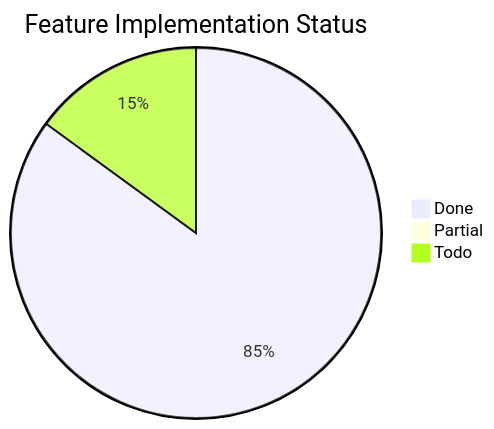
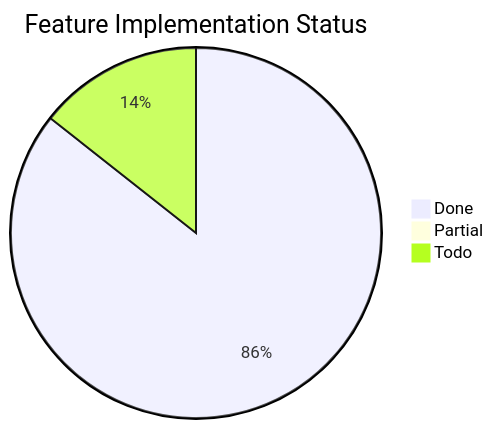
One commit to Papyrine/Morph changed the third of 3 diagrams in docs/word-features.md. Above: the diagram before and after it, drawn with Mermaid. The commit also changed other lines of this file and 8 other files, not shown here.

````diff
--- a/docs/word-features.md
+++ b/docs/word-features.md
@@ -2209,6 +2212,6 @@
 ```mermaid
 pie title Feature Implementation Status
-    "Done" : 142
+    "Done" : 143
     "Partial" : 0
-    "Todo" : 25
+    "Todo" : 24
 ```
````
